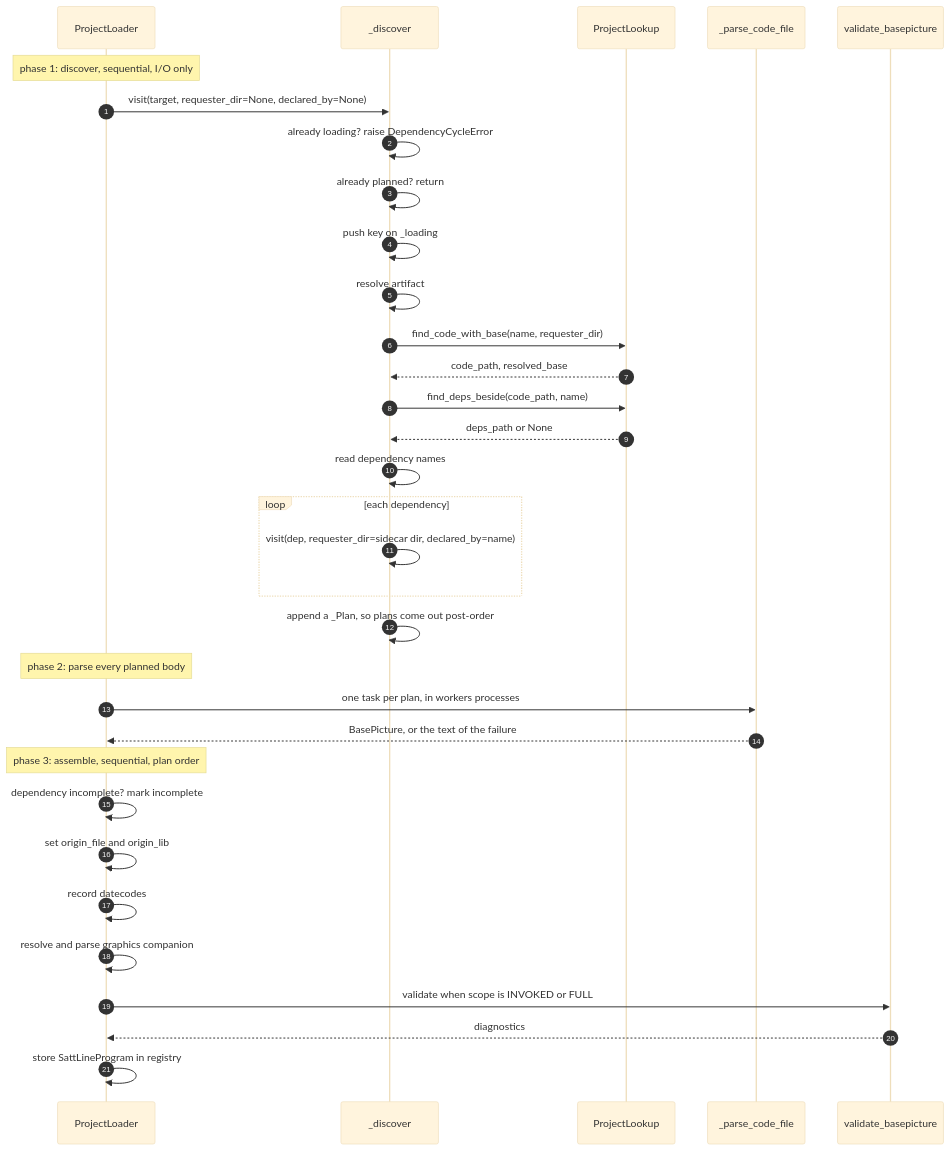
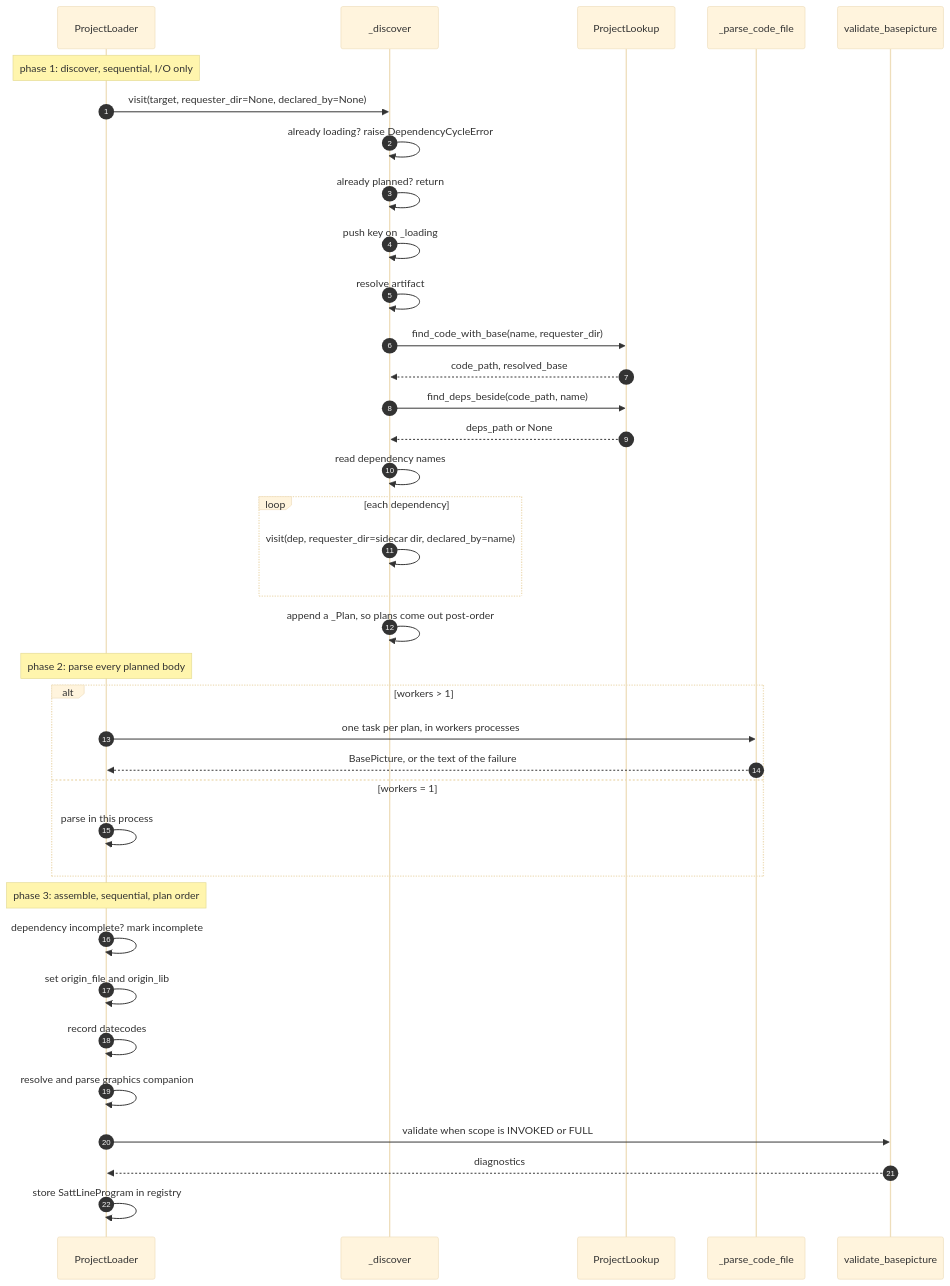
One commit to SorenHJohansen/sattline-parser changed the third of 6 diagrams in docs/project.md. Above: the diagram before and after it, drawn with Mermaid (base theme). The commit also changed other lines of this file and 10 other files, not shown here.

````diff
--- a/docs/project.md
+++ b/docs/project.md
@@ -76,36 +76,40 @@
 ```mermaid
 sequenceDiagram
     autonumber
     participant L as ProjectLoader
     participant V as _discover
     participant F as ProjectLookup
     participant P as _parse_code_file
     participant VAL as validate_basepicture
 
     Note over L: phase 1: discover, sequential, I/O only
     L->>V: visit(target, requester_dir=None, declared_by=None)
     V->>V: already loading? raise DependencyCycleError
     V->>V: already planned? return
     V->>V: push key on _loading
     V->>V: resolve artifact
     V->>F: find_code_with_base(name, requester_dir)
     F-->>V: code_path, resolved_base
     V->>F: find_deps_beside(code_path, name)
     F-->>V: deps_path or None
     V->>V: read dependency names
     loop each dependency
         V->>V: visit(dep, requester_dir=sidecar dir, declared_by=name)
     end
     V->>V: append a _Plan, so plans come out post-order
     Note over L: phase 2: parse every planned body
-    L->>P: one task per plan, in workers processes
-    P-->>L: BasePicture, or the text of the failure
+    alt workers > 1
+        L->>P: one task per plan, in workers processes
+        P-->>L: BasePicture, or the text of the failure
+    else workers = 1
+        L->>L: parse in this process
+    end
     Note over L: phase 3: assemble, sequential, plan order
     L->>L: dependency incomplete? mark incomplete
     L->>L: set origin_file and origin_lib
     L->>L: record datecodes
     L->>L: resolve and parse graphics companion
     L->>VAL: validate when scope is INVOKED or FULL
     VAL-->>L: diagnostics
     L->>L: store SattLineProgram in registry
 ```
````
